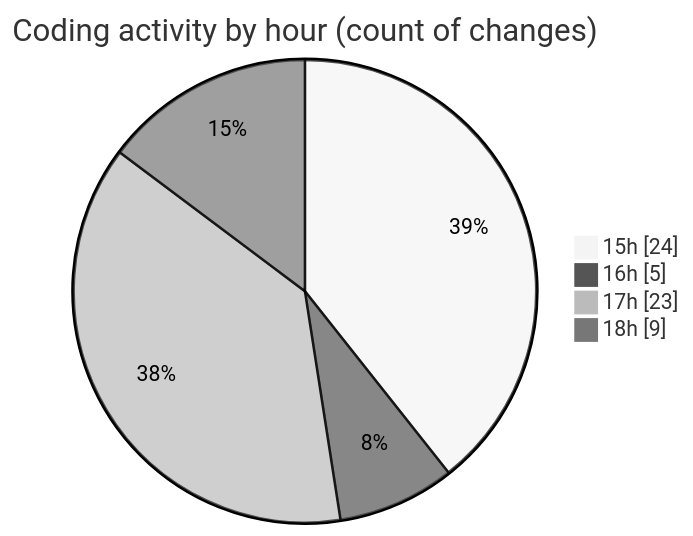
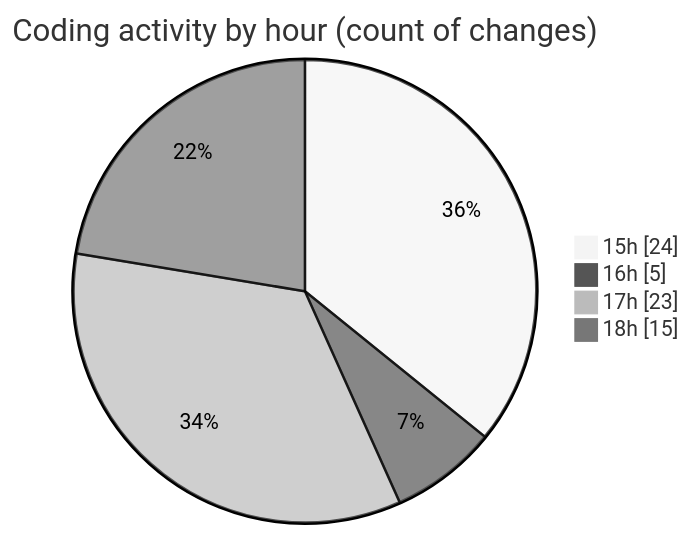
The second of 2 diagrams in 2025-08-02/tw-server/README.md (EIIisD/code-tracking), drawn with Mermaid (neutral theme) before and after one commit. The commit also changed other lines of this file and 1 other file, not shown here.

````diff
--- a/2025-08-02/tw-server/README.md
+++ b/2025-08-02/tw-server/README.md
@@ -36,8 +36,8 @@
 ```mermaid
 pie showData
 title Coding activity by hour (count of changes)
 "15h" : 24
 "16h" : 5
 "17h" : 23
-"18h" : 9
+"18h" : 15
 ```
````
